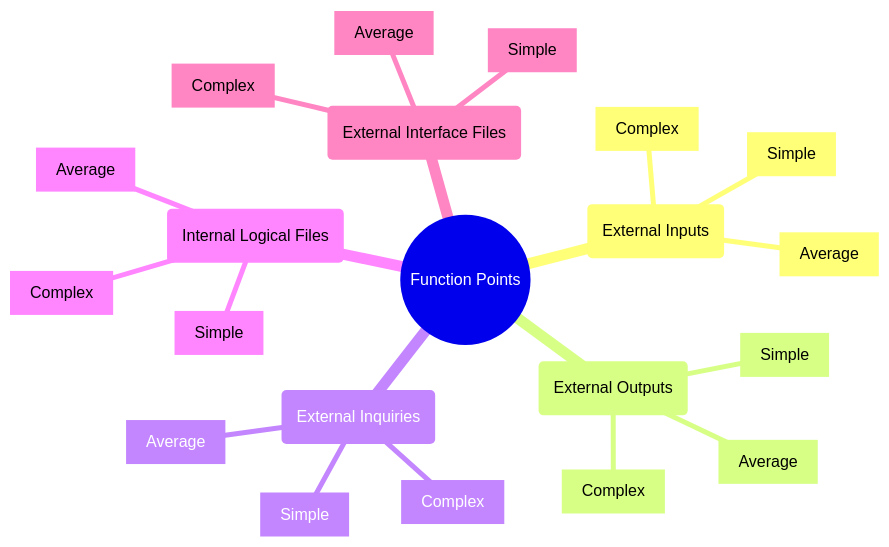
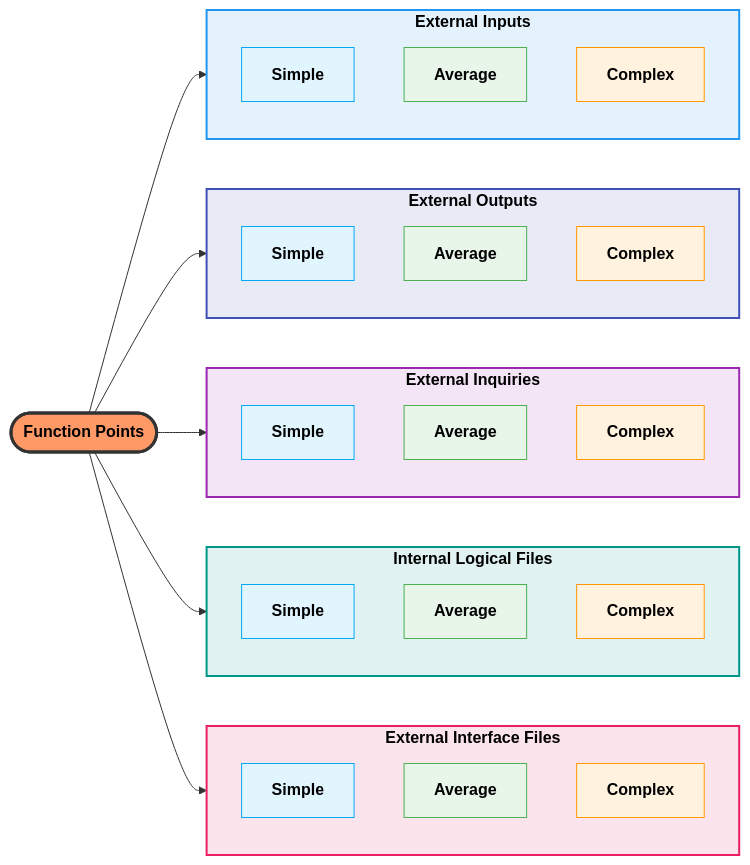
One commit to klauseduard/under-over-models changed the fourth of 7 diagrams in chapters/02-software-time-estimation.md. Above: the diagram before and after it, drawn with Mermaid. The commit also changed other lines of this file, not shown here.

````diff
--- a/chapters/02-software-time-estimation.md
+++ b/chapters/02-software-time-estimation.md
@@ -56,24 +65,59 @@
 ```mermaid
-mindmap
-  root((Function Points))
-    (External Inputs)
-      [Simple]
-      [Average]
-      [Complex]
-    (External Outputs)
-      [Simple]
-      [Average]
-      [Complex]
-    (External Inquiries)
-      [Simple]
-      [Average]
-      [Complex]
-    (Internal Logical Files)
-      [Simple]
-      [Average]
-      [Complex]
-    (External Interface Files)
-      [Simple]
-      [Average]
-      [Complex]
+flowchart LR
+    FP(["Function Points"])
+    
+    subgraph Inputs ["External Inputs"]
+        EI_S[Simple]
+        EI_A[Average]
+        EI_C[Complex]
+    end
+    
+    subgraph Outputs ["External Outputs"]
+        EO_S[Simple]
+        EO_A[Average]
+        EO_C[Complex]
+    end
+    
+    subgraph Inquiries ["External Inquiries"]
+        EQ_S[Simple]
+        EQ_A[Average]
+        EQ_C[Complex]
+    end
+    
+    subgraph ILFiles ["Internal Logical Files"]
+        ILF_S[Simple]
+        ILF_A[Average]
+        ILF_C[Complex]
+    end
+    
+    subgraph EIFiles ["External Interface Files"]
+        EIF_S[Simple]
+        EIF_A[Average]
+        EIF_C[Complex]
+    end
+    
+    FP --> Inputs
+    FP --> Outputs
+    FP --> Inquiries
+    FP --> ILFiles
+    FP --> EIFiles
+    
+    %% Styling
+    classDef default fill:#f9f9f9,stroke:#333,stroke-width:1px
+    classDef root fill:#f96,stroke:#333,stroke-width:3px,color:#000,font-weight:bold
+    classDef simple fill:#e1f5fe,stroke:#03a9f4,stroke-width:1px
+    classDef average fill:#e8f5e9,stroke:#4caf50,stroke-width:1px
+    classDef complex fill:#fff3e0,stroke:#ff9800,stroke-width:1px
+    
+    class FP root
+    class EI_S,EO_S,EQ_S,ILF_S,EIF_S simple
+    class EI_A,EO_A,EQ_A,ILF_A,EIF_A average
+    class EI_C,EO_C,EQ_C,ILF_C,EIF_C complex
+    
+    %% Subgraph styling
+    style Inputs fill:#e3f2fd,stroke:#2196f3,stroke-width:2px
+    style Outputs fill:#e8eaf6,stroke:#3f51b5,stroke-width:2px
+    style Inquiries fill:#f3e5f5,stroke:#9c27b0,stroke-width:2px
+    style ILFiles fill:#e0f2f1,stroke:#009688,stroke-width:2px
+    style EIFiles fill:#fce4ec,stroke:#e91e63,stroke-width:2px
 ```
````
